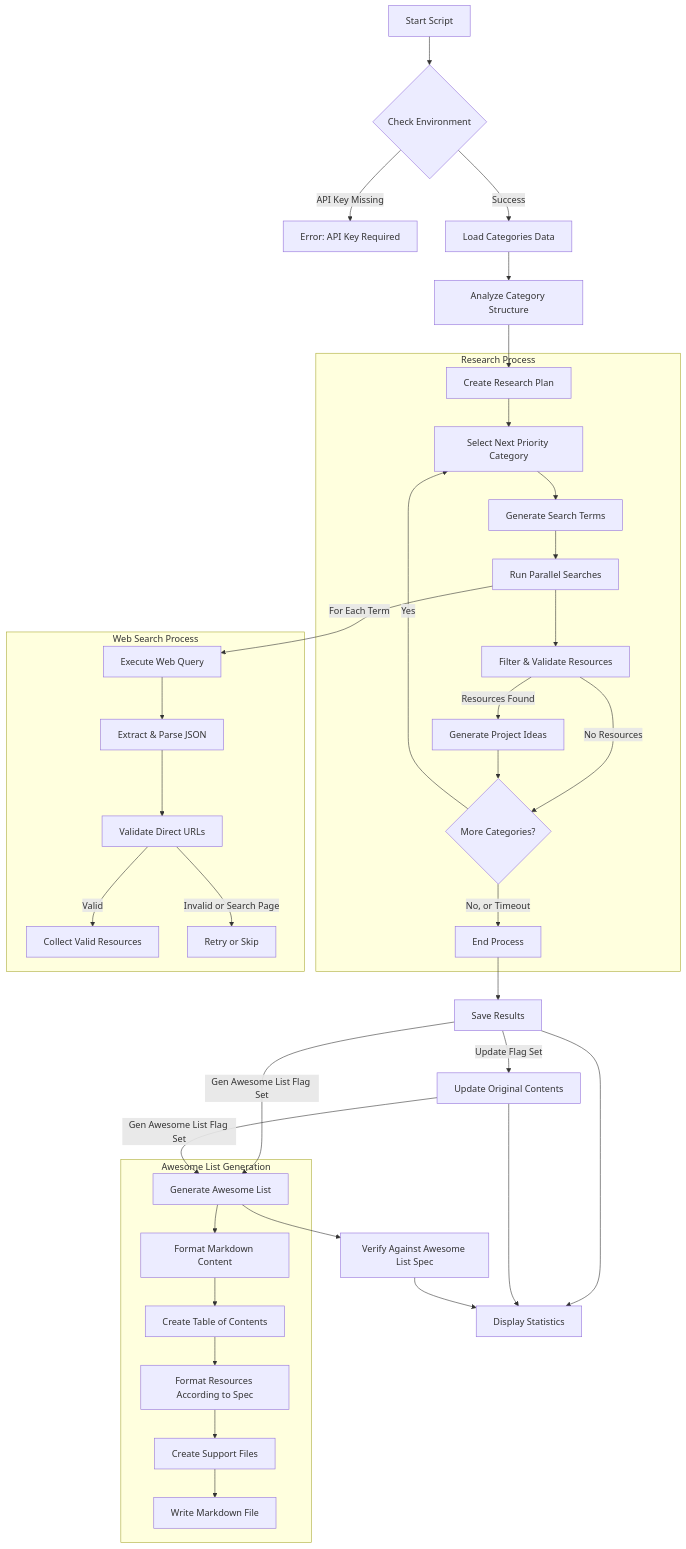
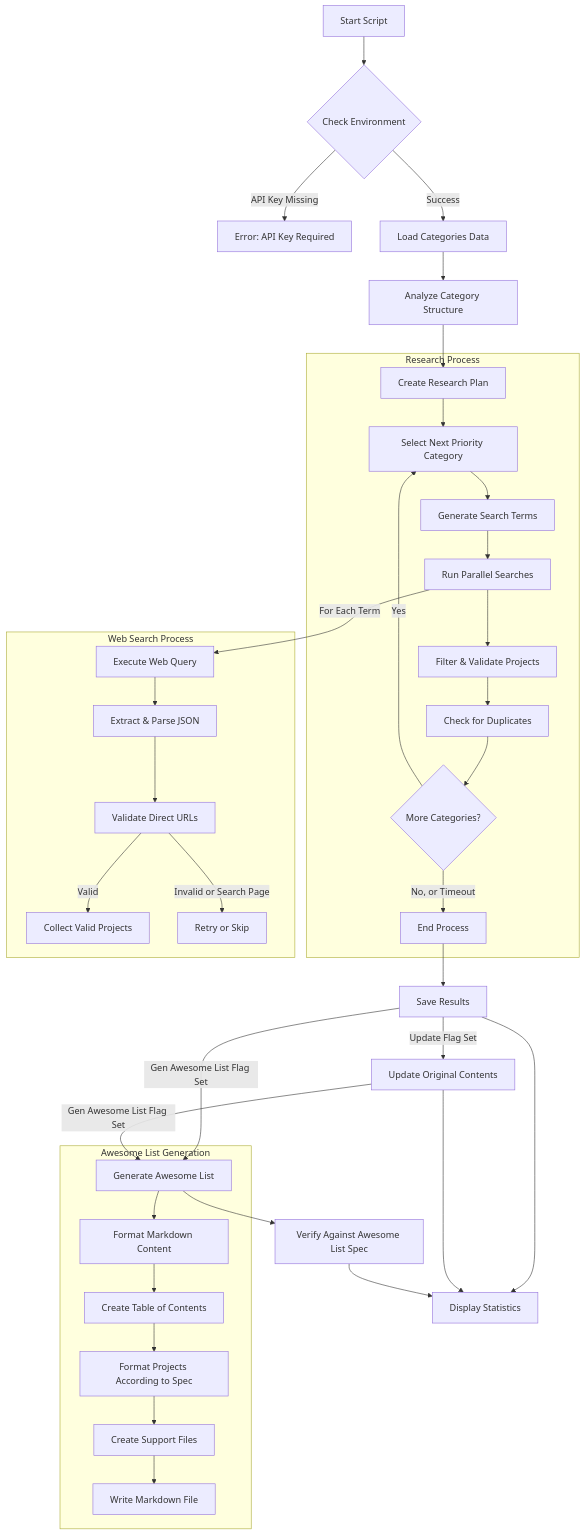
Before and after one commit to krzemienski/awesome-video: the diagram in RESEARCHER.md, drawn with Mermaid. The commit also changed other lines of this file and 1 other file, not shown here.

Commit message:
wip: remove and refactor to just look for projects

````diff
--- a/RESEARCHER.md
+++ b/RESEARCHER.md
@@ -187,46 +185,45 @@
 ```mermaid
 flowchart TD
     Start[Start Script] --> CheckEnv{Check Environment}
     CheckEnv -->|API Key Missing| Error[Error: API Key Required]
     CheckEnv -->|Success| LoadData[Load Categories Data]
 
     LoadData --> Analyze[Analyze Category Structure]
     Analyze --> Plan[Create Research Plan]
 
     subgraph ResearchProcess[Research Process]
         Plan --> SelectCat[Select Next Priority Category]
         SelectCat --> SearchTerms[Generate Search Terms]
         SearchTerms --> ParallelSearch[Run Parallel Searches]
-        ParallelSearch --> Filter[Filter & Validate Resources]
-        Filter --> |Resources Found| GenerateIdeas[Generate Project Ideas]
-        Filter --> |No Resources| NextCat{More Categories?}
-        GenerateIdeas --> NextCat
+        ParallelSearch --> Filter[Filter & Validate Projects]
+        Filter --> CheckDuplicates[Check for Duplicates]
+        CheckDuplicates --> NextCat{More Categories?}
         NextCat -->|Yes| SelectCat
         NextCat -->|No, or Timeout| End
     end
 
     End[End Process] --> SaveResults[Save Results]
     SaveResults --> |Update Flag Set| UpdateOriginal[Update Original Contents]
     SaveResults --> |Gen Awesome List Flag Set| GenerateAwesomeList[Generate Awesome List]
     SaveResults --> FinalStats[Display Statistics]
     UpdateOriginal --> |Gen Awesome List Flag Set| GenerateAwesomeList
     UpdateOriginal --> FinalStats
     GenerateAwesomeList --> VerifyAwesomeList[Verify Against Awesome List Spec]
     VerifyAwesomeList --> FinalStats
 
     subgraph WebSearch[Web Search Process]
         ParallelSearch --> |For Each Term| WebQuery[Execute Web Query]
         WebQuery --> ParseJSON[Extract & Parse JSON]
         ParseJSON --> ValidateURLs[Validate Direct URLs]
-        ValidateURLs --> |Valid| CollectResources[Collect Valid Resources]
+        ValidateURLs --> |Valid| CollectProjects[Collect Valid Projects]
         ValidateURLs --> |Invalid or Search Page| RetryOrSkip[Retry or Skip]
     end
 
     subgraph AwesomeListGen[Awesome List Generation]
         GenerateAwesomeList --> FormatMarkdown[Format Markdown Content]
         FormatMarkdown --> CreateTOC[Create Table of Contents]
-        CreateTOC --> FormatResources[Format Resources According to Spec]
-        FormatResources --> CreateSupportFiles[Create Support Files]
+        CreateTOC --> FormatProjects[Format Projects According to Spec]
+        FormatProjects --> CreateSupportFiles[Create Support Files]
         CreateSupportFiles --> OutputMD[Write Markdown File]
     end
 ```
````
